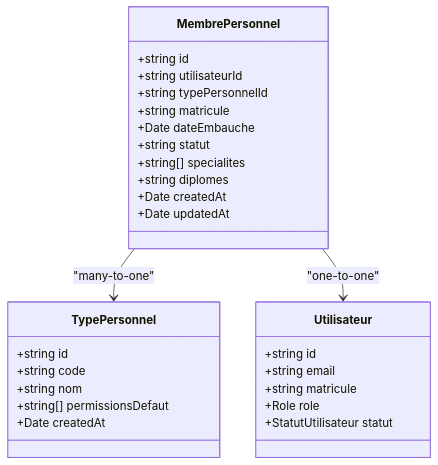
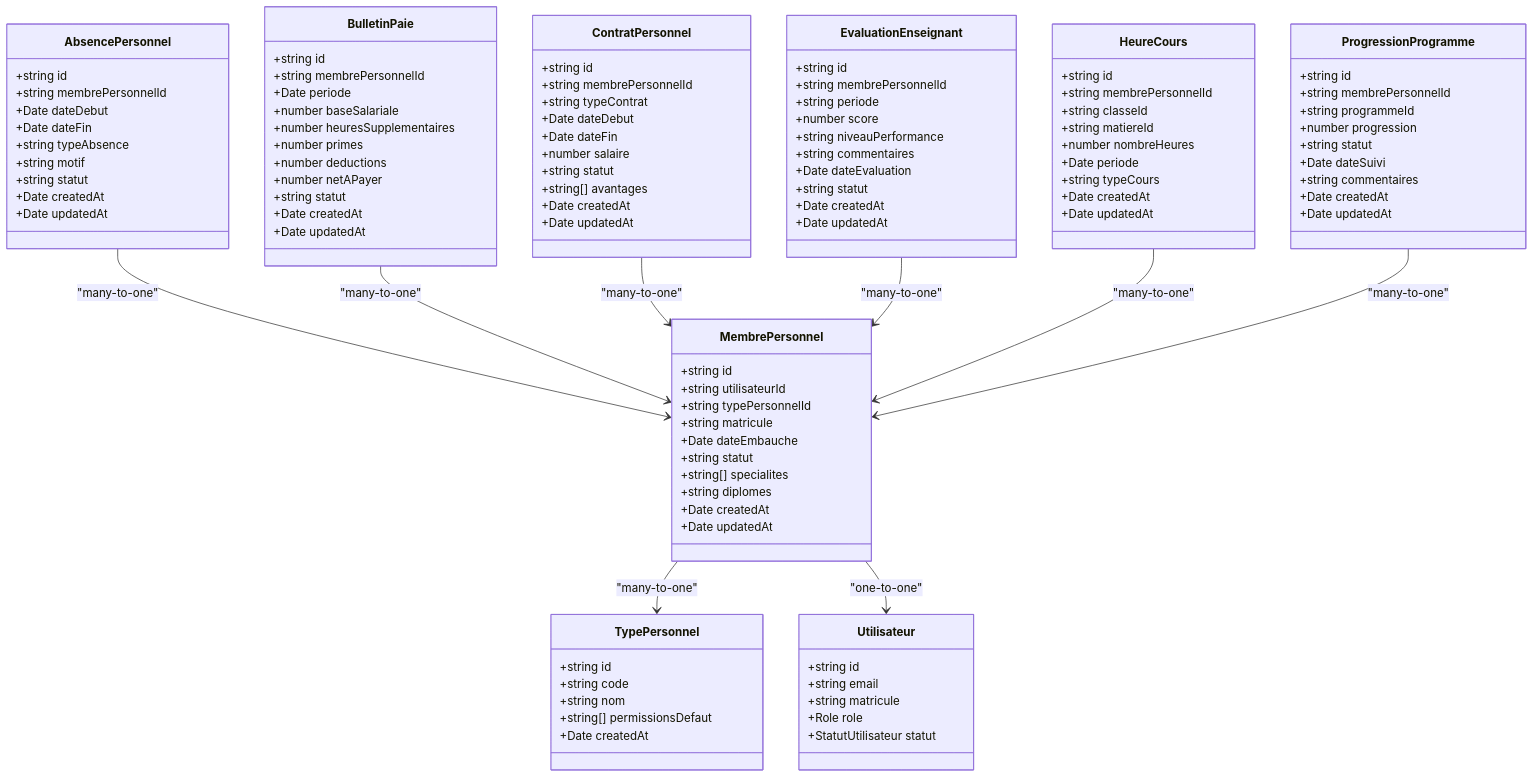
One commit to franckylab/eLISAschool changed the third of 8 diagrams in .qoder/repowiki/en/content/Modules & Features/Administrative Modules/Personnel & Human Resources.md. Above: the diagram before and after it, drawn with Mermaid. The commit also changed other lines of this file and 236 other files, not shown here.

````diff
--- a/.qoder/repowiki/en/content/Modules & Features/Administrative Modules/Personnel & Human Resources.md
+++ b/.qoder/repowiki/en/content/Modules & Features/Administrative Modules/Personnel & Human Resources.md
@@ -179,6 +215,76 @@
 +Date createdAt
 +Date updatedAt
 }
+class AbsencePersonnel {
++string id
++string membrePersonnelId
++Date dateDebut
++Date dateFin
++string typeAbsence
++string motif
++string statut
++Date createdAt
++Date updatedAt
+}
+class BulletinPaie {
++string id
++string membrePersonnelId
++Date periode
++number baseSalariale
++number heuresSupplementaires
++number primes
++number deductions
++number netAPayer
++string statut
++Date createdAt
++Date updatedAt
+}
+class ContratPersonnel {
++string id
++string membrePersonnelId
++string typeContrat
++Date dateDebut
++Date dateFin
++number salaire
++string statut
++string[] avantages
++Date createdAt
++Date updatedAt
+}
+class EvaluationEnseignant {
++string id
++string membrePersonnelId
++string periode
++number score
++string niveauPerformance
++string commentaires
++Date dateEvaluation
++string statut
++Date createdAt
++Date updatedAt
+}
+class HeureCours {
++string id
++string membrePersonnelId
++string classeId
++string matiereId
++number nombreHeures
++Date periode
++string typeCours
++Date createdAt
++Date updatedAt
+}
+class ProgressionProgramme {
++string id
++string membrePersonnelId
++string programmeId
++number progression
++string statut
++Date dateSuivi
++string commentaires
++Date createdAt
++Date updatedAt
+}
 class Utilisateur {
 +string id
 +string email
@@ -188,4 +294,10 @@
 }
 MembrePersonnel --> TypePersonnel : "many-to-one"
 MembrePersonnel --> Utilisateur : "one-to-one"
+AbsencePersonnel --> MembrePersonnel : "many-to-one"
+BulletinPaie --> MembrePersonnel : "many-to-one"
+ContratPersonnel --> MembrePersonnel : "many-to-one"
+EvaluationEnseignant --> MembrePersonnel : "many-to-one"
+HeureCours --> MembrePersonnel : "many-to-one"
+ProgressionProgramme --> MembrePersonnel : "many-to-one"
 ```
````
